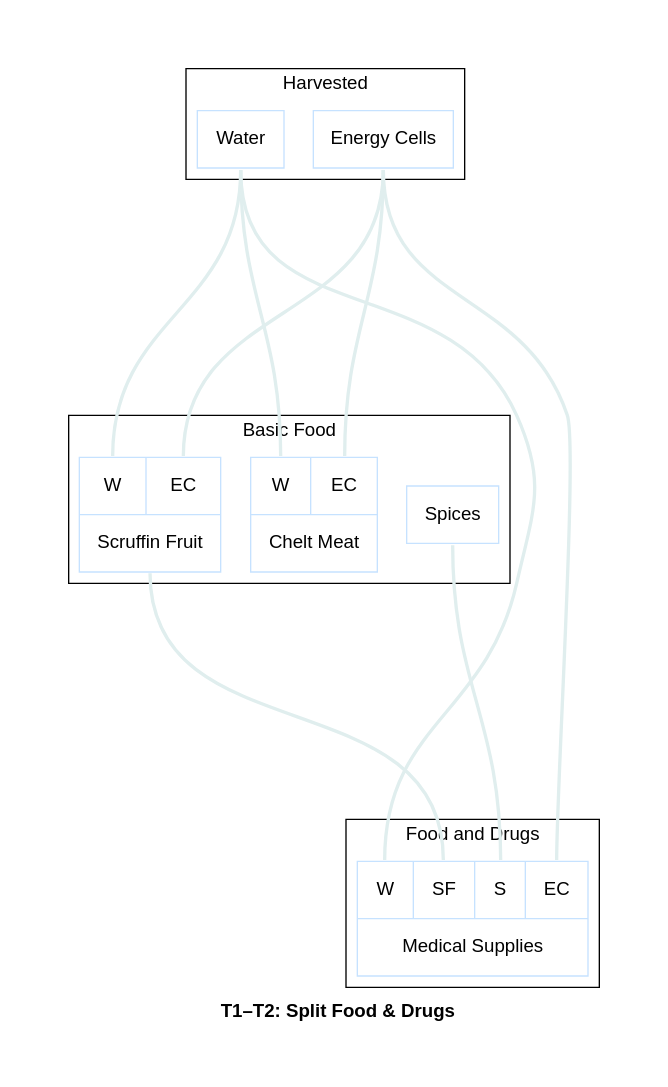
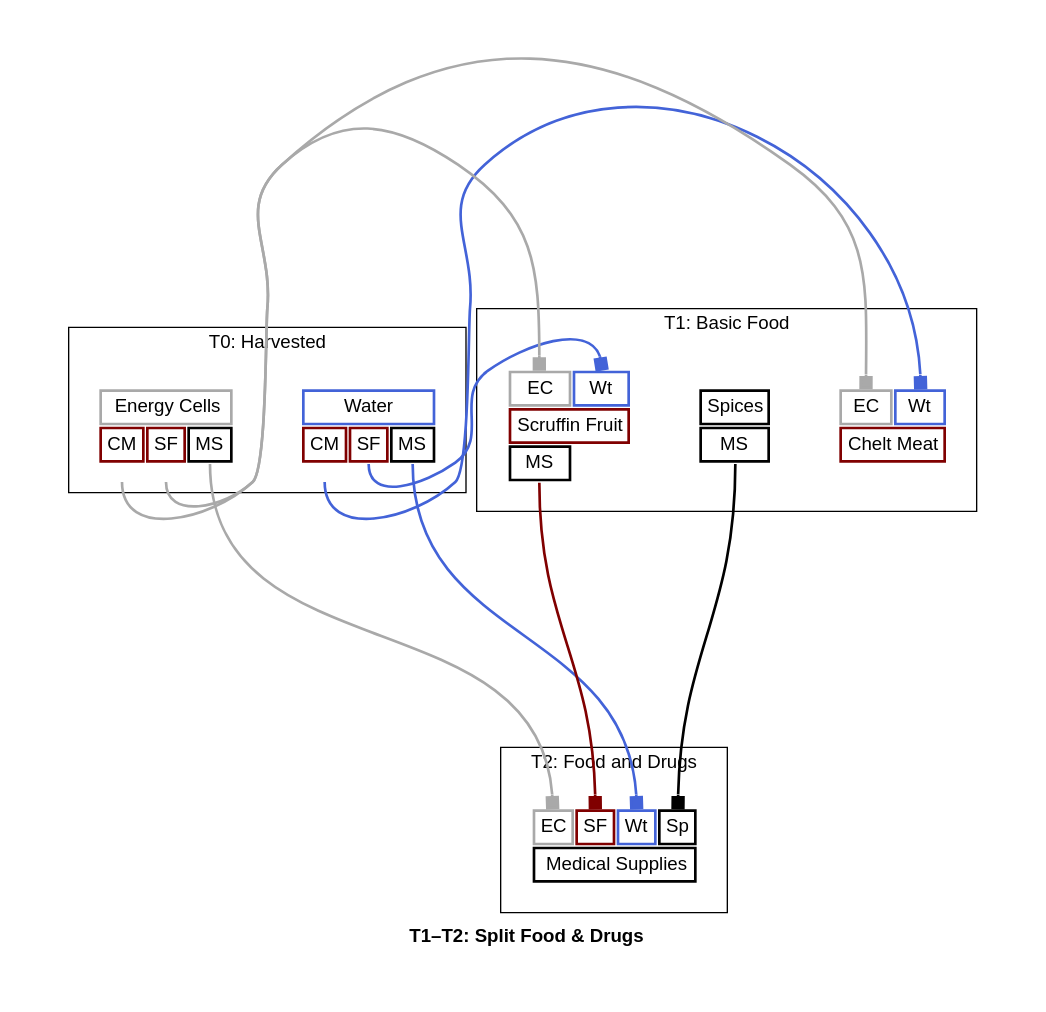
Before and after one commit to borntyping/x4-diagrams: the diagram in docs/t1_t2_split_food_drugs_graph.dot, drawn with Graphviz. The commit also changed 100 other files, not shown here.

Commit message:
Add pretty colours to GraphViz graphs

```diff
--- a/docs/t1_t2_split_food_drugs_graph.dot
+++ b/docs/t1_t2_split_food_drugs_graph.dot
@@ -1,31 +1,127 @@
-graph "X4 Economy" {
+digraph "X4 Economy" {
 	edge [arrowType=normal]
 	compound=true fontname="Helvetica,Arial,sans-serif"
 	label=<<b>T1–T2: Split Food &amp; Drugs</b>>
 	graph [nodesep=0.3 pad=0.5 ranksep=3]
-	node [color=slategray1 fontname="Helvetica,Arial,sans-serif" margin=0.2 penwidth=1 shape=box]
-	edge [arrowhead=normal arrowtype=normal fontname="Helvetica,Arial,sans-serif" headport=n penwidth=2.5 tailport=s]
+	node [color=slategray1 fontname="Helvetica,Arial,sans-serif" margin=0.2 penwidth=2.0 shape=plaintext]
+	edge [arrowhead=normal arrowsize=1.0 fontname="Helvetica,Arial,sans-serif" headport=n penwidth=2.0 tailport=s]
 	subgraph 0 {
-		cluster=true label=Harvested
-		water [label="{<output> Water}" colour=lightsteelblue2 shape=record]
-		energy_cells [label="{<output> Energy Cells}" colour=lightsteelblue2 shape=record]
+		cluster=true label="T0: Harvested"
+		water [label=<<table border="0" cellborder="2" cellpadding="4" cellspacing="1" fixedsize="false" id="water" port="output">
+  
+  <tr>
+    <td align="text" bgcolor="white" color="#4363d8" colspan="3">Water</td>
+  </tr>
+  
+    <tr>
+      
+        <td align="text" bgcolor="white" color="#800000" port="chelt_meat">CM</td>
+      
+        <td align="text" bgcolor="white" color="#800000" port="scruffin_fruits">SF</td>
+      
+        <td align="text" bgcolor="white" color="#000000" port="medical_supplies">MS</td>
+      
+    </tr>
+  
+</table>>]
+		energy_cells [label=<<table border="0" cellborder="2" cellpadding="4" cellspacing="1" fixedsize="false" id="energy_cells" port="output">
+  
+  <tr>
+    <td align="text" bgcolor="white" color="#a9a9a9" colspan="3">Energy Cells</td>
+  </tr>
+  
+    <tr>
+      
+        <td align="text" bgcolor="white" color="#800000" port="chelt_meat">CM</td>
+      
+        <td align="text" bgcolor="white" color="#800000" port="scruffin_fruits">SF</td>
+      
+        <td align="text" bgcolor="white" color="#000000" port="medical_supplies">MS</td>
+      
+    </tr>
+  
+</table>>]
 	}
 	subgraph 1 {
-		cluster=true label="Basic Food"
-		spices [label="{<output> Spices}" colour=lightsteelblue2 shape=record]
-		chelt_meat [label="{{<water> W|<energy_cells> EC}|<output> Chelt Meat}" colour=lightsteelblue2 shape=record]
-		scruffin_fruits [label="{{<water> W|<energy_cells> EC}|<output> Scruffin Fruit}" colour=lightsteelblue2 shape=record]
+		cluster=true label="T1: Basic Food"
+		spices [label=<<table border="0" cellborder="2" cellpadding="4" cellspacing="1" fixedsize="false" id="spices" port="output">
+  
+  <tr>
+    <td align="text" bgcolor="white" color="#000000" colspan="1">Spices</td>
+  </tr>
+  
+    <tr>
+      
+        <td align="text" bgcolor="white" color="#000000" port="medical_supplies">MS</td>
+      
+    </tr>
+  
+</table>>]
+		chelt_meat [label=<<table border="0" cellborder="2" cellpadding="4" cellspacing="1" fixedsize="false" id="chelt_meat" port="output">
+  
+    <tr>
+      
+        <td align="text" bgcolor="white" color="#a9a9a9" port="energy_cells">EC</td>
+      
+        <td align="text" bgcolor="white" color="#4363d8" port="water">Wt</td>
+      
+    </tr>
+  
+  <tr>
+    <td align="text" bgcolor="white" color="#800000" colspan="2">Chelt Meat</td>
+  </tr>
+  
+</table>>]
+		scruffin_fruits [label=<<table border="0" cellborder="2" cellpadding="4" cellspacing="1" fixedsize="false" id="scruffin_fruits" port="output">
+  
+    <tr>
+      
+        <td align="text" bgcolor="white" color="#a9a9a9" port="energy_cells">EC</td>
+      
+        <td align="text" bgcolor="white" color="#4363d8" port="water">Wt</td>
+      
+    </tr>
+  
+  <tr>
+    <td align="text" bgcolor="white" color="#800000" colspan="2">Scruffin Fruit</td>
+  </tr>
+  
+    <tr>
+      
+        <td align="text" bgcolor="white" color="#000000" port="medical_supplies">MS</td>
+      
+    </tr>
+  
+</table>>]
 	}
 	subgraph 2 {
-		cluster=true label="Food and Drugs"
-		medical_supplies [label="{{<water> W|<scruffin_fruits> SF|<spices> S|<energy_cells> EC}|<output> Medical Supplies}" colour=lightsteelblue2 shape=record]
+		cluster=true label="T2: Food and Drugs"
+		medical_supplies [label=<<table border="0" cellborder="2" cellpadding="4" cellspacing="1" fixedsize="false" id="medical_supplies" port="output">
+  
+    <tr>
+      
+        <td align="text" bgcolor="white" color="#a9a9a9" port="energy_cells">EC</td>
+      
+        <td align="text" bgcolor="white" color="#800000" port="scruffin_fruits">SF</td>
+      
+        <td align="text" bgcolor="white" color="#4363d8" port="water">Wt</td>
+      
+        <td align="text" bgcolor="white" color="#000000" port="spices">Sp</td>
+      
+    </tr>
+  
+  <tr>
+    <td align="text" bgcolor="white" color="#000000" colspan="4">Medical Supplies</td>
+  </tr>
+  
+</table>>]
 	}
-	energy_cells:output:s -- chelt_meat:energy_cells:n [color=azure2]
-	water:output:s -- chelt_meat:water:n [color=azure2]
-	energy_cells:output:s -- scruffin_fruits:energy_cells:n [color=azure2]
-	water:output:s -- scruffin_fruits:water:n [color=azure2]
-	energy_cells:output:s -- medical_supplies:energy_cells:n [color=azure2]
-	scruffin_fruits:output:s -- medical_supplies:scruffin_fruits:n [color=azure2]
-	spices:output:s -- medical_supplies:spices:n [color=azure2]
-	water:output:s -- medical_supplies:water:n [color=azure2]
+	energy_cells:chelt_meat:s -> chelt_meat:energy_cells:n [arrowhead=box color="#a9a9a9" weight=0.1]
+	water:chelt_meat:s -> chelt_meat:water:n [arrowhead=box color="#4363d8" weight=0.1]
+	energy_cells:scruffin_fruits:s -> scruffin_fruits:energy_cells:n [arrowhead=box color="#a9a9a9" weight=0.1]
+	water:scruffin_fruits:s -> scruffin_fruits:water:n [arrowhead=box color="#4363d8" weight=0.1]
+	energy_cells:medical_supplies:s -> medical_supplies:energy_cells:n [arrowhead=box color="#a9a9a9" weight=0.1]
+	scruffin_fruits:medical_supplies:s -> medical_supplies:scruffin_fruits:n [arrowhead=box color="#800000" weight=1.0]
+	spices:medical_supplies:s -> medical_supplies:spices:n [arrowhead=box color="#000000" weight=1.0]
+	water:medical_supplies:s -> medical_supplies:water:n [arrowhead=box color="#4363d8" weight=0.1]
 }
```
